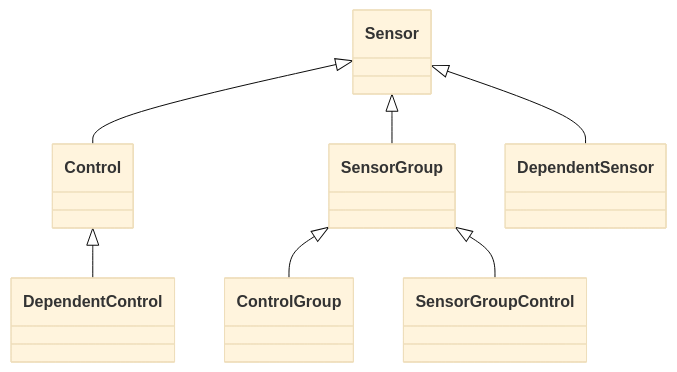
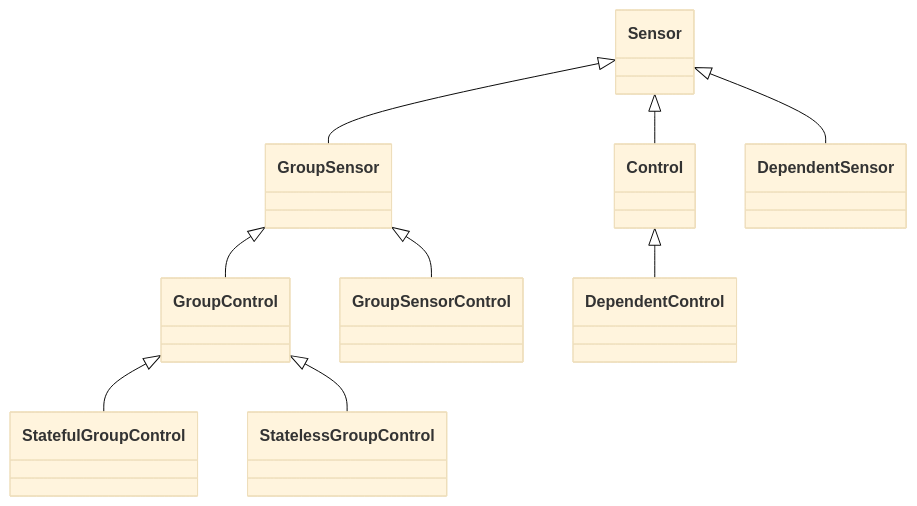
One commit to jbuehl/homealone changed the second of 7 diagrams in docs/README.resources.md. Above: the diagram before and after it, drawn with Mermaid (base theme). The commit also changed other lines of this file, not shown here.

Commit message:
Changes to Group resources

````diff
--- a/docs/README.resources.md
+++ b/docs/README.resources.md
@@ -52,9 +54,11 @@
 ```mermaid
 classDiagram
 	Sensor <|-- Control
-    Sensor <|-- SensorGroup
-	SensorGroup <|-- ControlGroup
-	SensorGroup <|-- SensorGroupControl
+    Sensor <|-- GroupSensor
+    GroupSensor <|-- GroupControl
+    GroupControl <|-- StatefulGroupControl
+    GroupControl <|-- StatelessGroupControl
+	GroupSensor <|-- GroupSensorControl
 	Sensor <|-- DependentSensor
 	Control <|-- DependentControl
 ```
````
